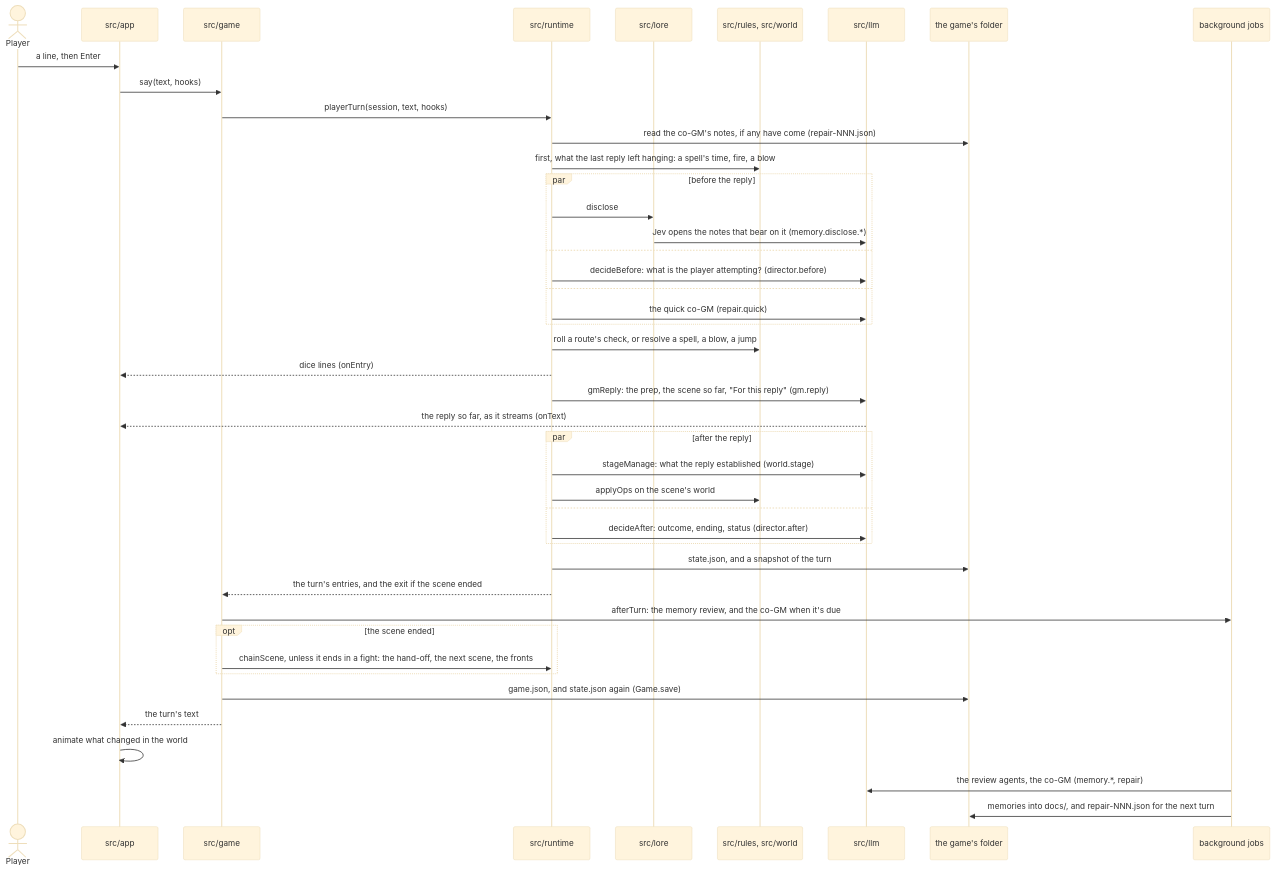
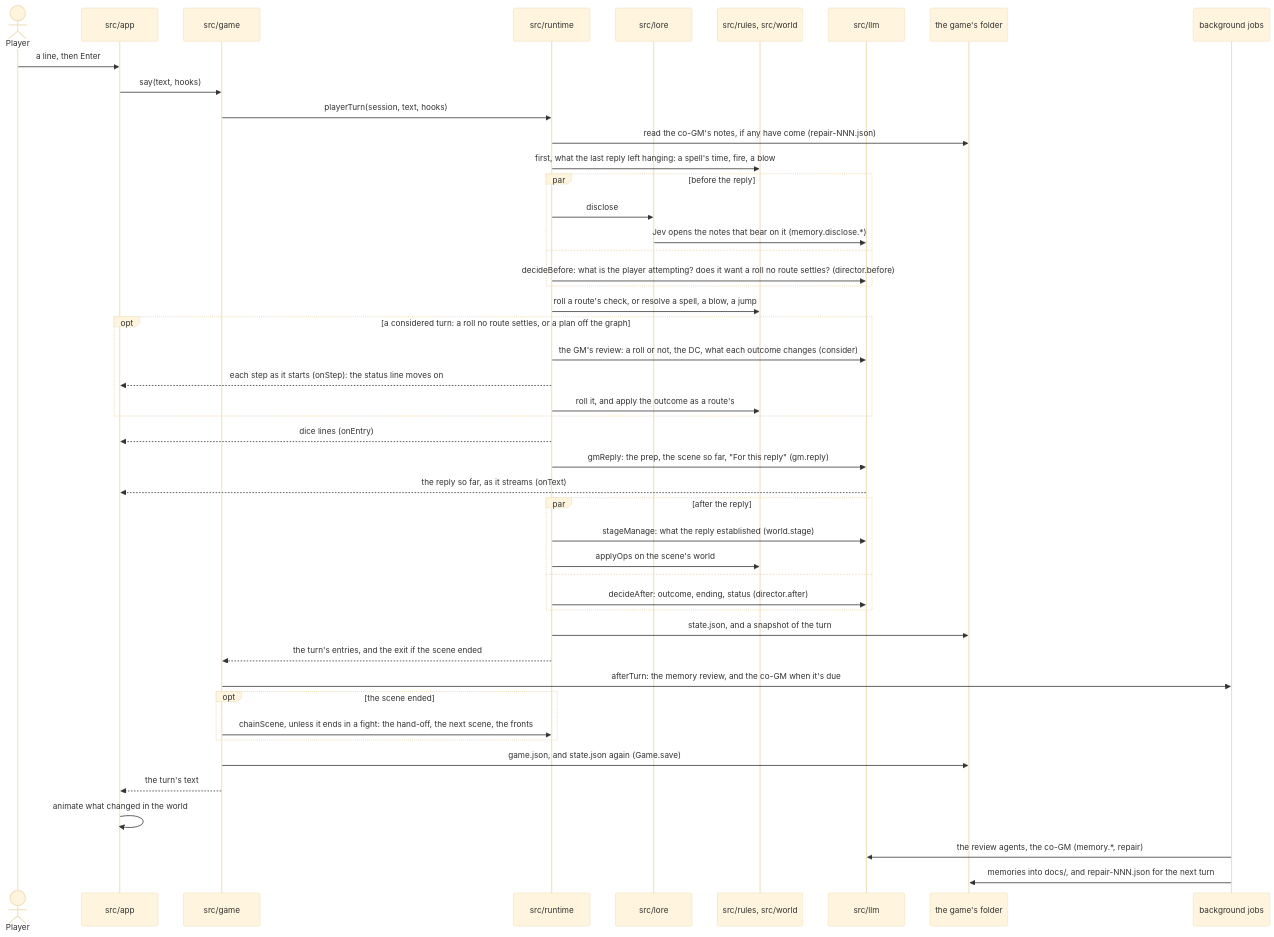
One commit to Tatskaari/kingmaker changed the second of 2 diagrams in ARCHITECTURE.md. Above: the diagram before and after it, drawn with Mermaid (base theme). The commit also changed other lines of this file and 9 other files, not shown here.

````diff
--- a/ARCHITECTURE.md
+++ b/ARCHITECTURE.md
@@ -151,47 +151,50 @@
 ```mermaid
 sequenceDiagram
   actor P as Player
   participant App as src/app
   participant Core as src/game
   participant RT as src/runtime
   participant Lore as src/lore
   participant RW as src/rules, src/world
   participant LLM as src/llm
   participant Disk as the game's folder
   participant Jobs as background jobs
 
   P->>App: a line, then Enter
   App->>Core: say(text, hooks)
   Core->>RT: playerTurn(session, text, hooks)
   RT->>Disk: read the co-GM's notes, if any have come (repair-NNN.json)
   RT->>RW: first, what the last reply left hanging: a spell's time, fire, a blow
   par before the reply
     RT->>Lore: disclose
     Lore->>LLM: Jev opens the notes that bear on it (memory.disclose.*)
   and
-    RT->>LLM: decideBefore: what is the player attempting? (director.before)
-  and
-    RT->>LLM: the quick co-GM (repair.quick)
+    RT->>LLM: decideBefore: what is the player attempting? does it want a roll no route settles? (director.before)
   end
   RT->>RW: roll a route's check, or resolve a spell, a blow, a jump
+  opt a considered turn: a roll no route settles, or a plan off the graph
+    RT->>LLM: the GM's review: a roll or not, the DC, what each outcome changes (consider)
+    RT-->>App: each step as it starts (onStep): the status line moves on
+    RT->>RW: roll it, and apply the outcome as a route's
+  end
   RT-->>App: dice lines (onEntry)
   RT->>LLM: gmReply: the prep, the scene so far, "For this reply" (gm.reply)
   LLM-->>App: the reply so far, as it streams (onText)
   par after the reply
     RT->>LLM: stageManage: what the reply established (world.stage)
     RT->>RW: applyOps on the scene's world
   and
     RT->>LLM: decideAfter: outcome, ending, status (director.after)
   end
   RT->>Disk: state.json, and a snapshot of the turn
   RT-->>Core: the turn's entries, and the exit if the scene ended
   Core->>Jobs: afterTurn: the memory review, and the co-GM when it's due
   opt the scene ended
     Core->>RT: chainScene, unless it ends in a fight: the hand-off, the next scene, the fronts
   end
   Core->>Disk: game.json, and state.json again (Game.save)
   Core-->>App: the turn's text
   App->>App: animate what changed in the world
   Jobs->>LLM: the review agents, the co-GM (memory.*, repair)
   Jobs->>Disk: memories into docs/, and repair-NNN.json for the next turn
 ```
````
